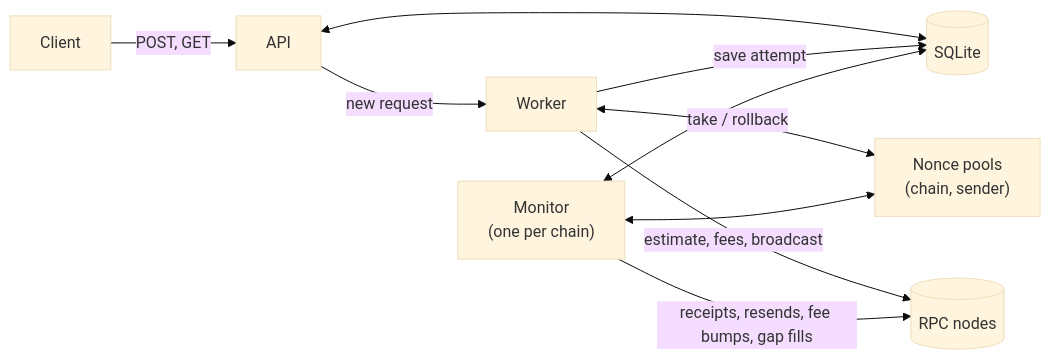
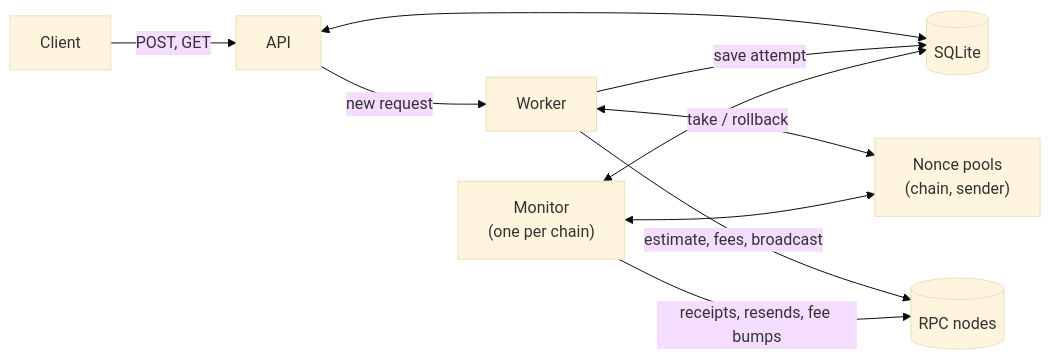
The first of 2 diagrams in README.md (sainathr19/evm-transaction-executor), drawn with Mermaid (base theme) before and after one commit. The commit also changed other lines of this file and 18 other files, not shown here.

````diff
--- a/README.md
+++ b/README.md
@@ -81,12 +81,12 @@
 ```mermaid
 flowchart LR
     Client -->|"POST, GET"| API
     API <--> Store[(SQLite)]
     API -->|new request| Worker
     Worker <-->|"take / rollback"| Pools["Nonce pools<br/>(chain, sender)"]
     Worker -->|save attempt| Store
     Worker -->|"estimate, fees, broadcast"| RPC[(RPC nodes)]
     Monitor["Monitor<br/>(one per chain)"] <--> Store
-    Monitor -->|"receipts, resends, fee bumps, gap fills"| RPC
+    Monitor -->|"receipts, resends, fee bumps"| RPC
     Monitor <--> Pools
 ```
````
